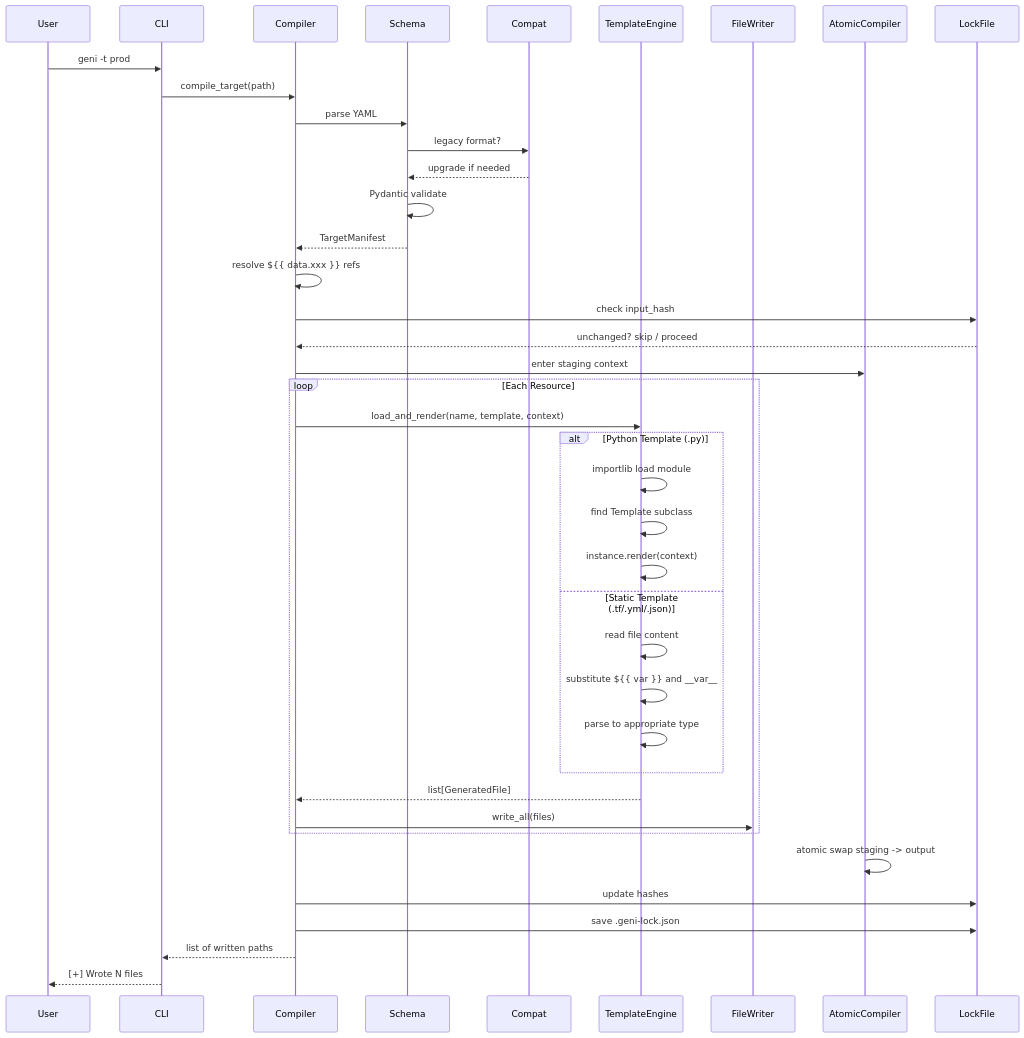
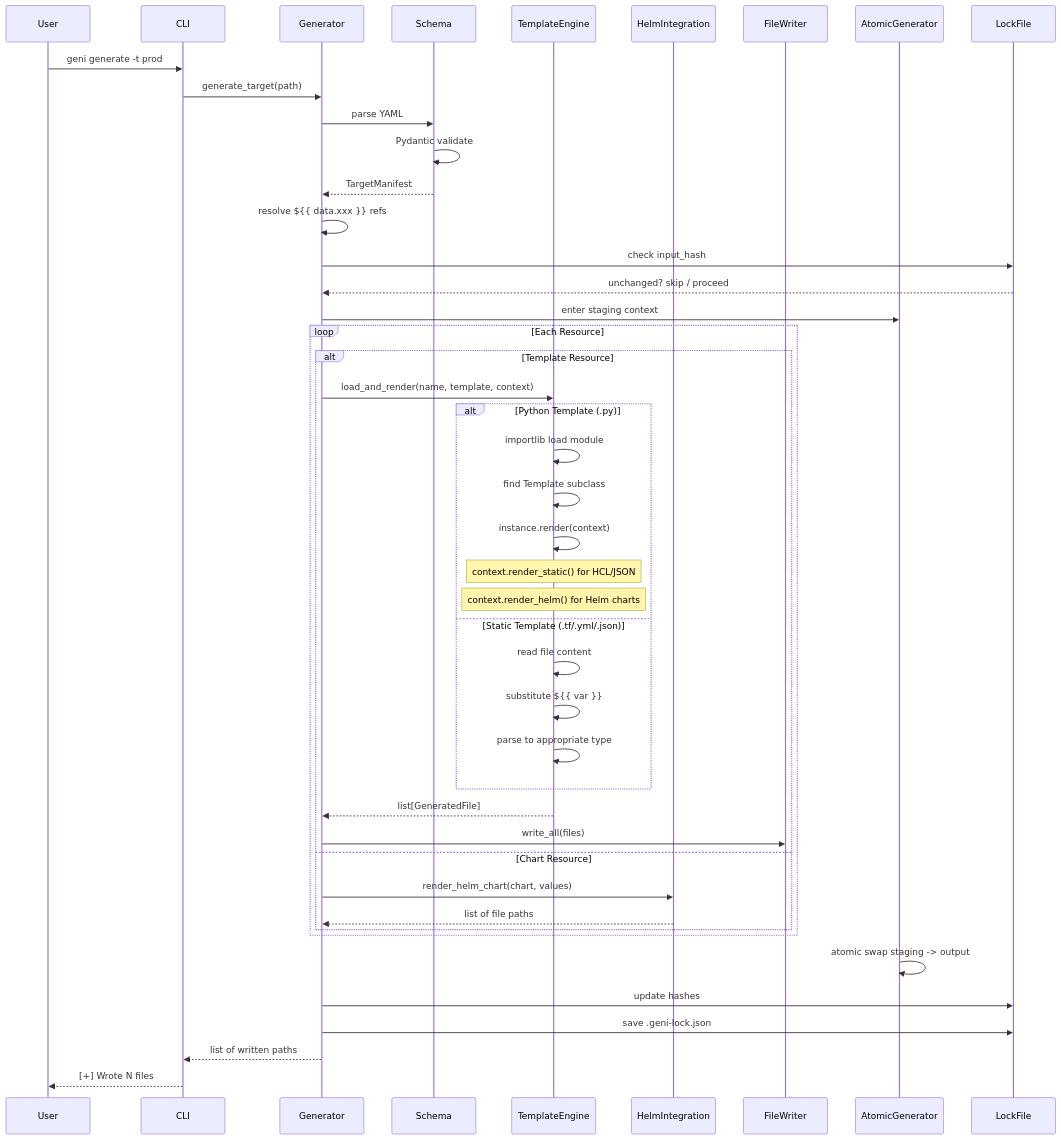
Before and after one commit to AgathEmmanuel/geni: the third of 16 diagrams in ARCHITECTURE.md, drawn with Mermaid. The commit also changed other lines of this file and 46 other files, not shown here.

Commit message:
adding hcl json helm support

````diff
--- a/ARCHITECTURE.md
+++ b/ARCHITECTURE.md
@@ -91,47 +86,52 @@
 ```mermaid
 sequenceDiagram
     participant User
     participant CLI as CLI
-    participant Compiler as Compiler
+    participant Generator as Generator
     participant Schema as Schema
-    participant Compat as Compat
     participant Engine as TemplateEngine
+    participant Helm as HelmIntegration
     participant Writers as FileWriter
-    participant Atomic as AtomicCompiler
+    participant Atomic as AtomicGenerator
     participant Lock as LockFile
 
-    User->>CLI: geni -t prod
-    CLI->>Compiler: compile_target(path)
-    Compiler->>Schema: parse YAML
-    Schema->>Compat: legacy format?
-    Compat-->>Schema: upgrade if needed
+    User->>CLI: geni generate -t prod
+    CLI->>Generator: generate_target(path)
+    Generator->>Schema: parse YAML
     Schema->>Schema: Pydantic validate
-    Schema-->>Compiler: TargetManifest
+    Schema-->>Generator: TargetManifest
 
-    Compiler->>Compiler: resolve ${{ data.xxx }} refs
-    Compiler->>Lock: check input_hash
-    Lock-->>Compiler: unchanged? skip / proceed
+    Generator->>Generator: resolve ${{ data.xxx }} refs
+    Generator->>Lock: check input_hash
+    Lock-->>Generator: unchanged? skip / proceed
 
-    Compiler->>Atomic: enter staging context
+    Generator->>Atomic: enter staging context
 
     loop Each Resource
-        Compiler->>Engine: load_and_render(name, template, context)
-        alt Python Template (.py)
-            Engine->>Engine: importlib load module
-            Engine->>Engine: find Template subclass
-            Engine->>Engine: instance.render(context)
-        else Static Template (.tf/.yml/.json)
-            Engine->>Engine: read file content
-            Engine->>Engine: substitute ${{ var }} and __var__
-            Engine->>Engine: parse to appropriate type
+        alt Template Resource
+            Generator->>Engine: load_and_render(name, template, context)
+            alt Python Template (.py)
+                Engine->>Engine: importlib load module
+                Engine->>Engine: find Template subclass
+                Engine->>Engine: instance.render(context)
+                Note over Engine: context.render_static() for HCL/JSON
+                Note over Engine: context.render_helm() for Helm charts
+            else Static Template (.tf/.yml/.json)
+                Engine->>Engine: read file content
+                Engine->>Engine: substitute ${{ var }}
+                Engine->>Engine: parse to appropriate type
+            end
+            Engine-->>Generator: list[GeneratedFile]
+            Generator->>Writers: write_all(files)
+        else Chart Resource
+            Generator->>Helm: render_helm_chart(chart, values)
+            Helm-->>Generator: list of file paths
         end
-        Engine-->>Compiler: list[GeneratedFile]
-        Compiler->>Writers: write_all(files)
     end
 
     Atomic->>Atomic: atomic swap staging -> output
-    Compiler->>Lock: update hashes
-    Compiler->>Lock: save .geni-lock.json
-    Compiler-->>CLI: list of written paths
+    Generator->>Lock: update hashes
+    Generator->>Lock: save .geni-lock.json
+    Generator-->>CLI: list of written paths
     CLI-->>User: [+] Wrote N files
 ```
````
